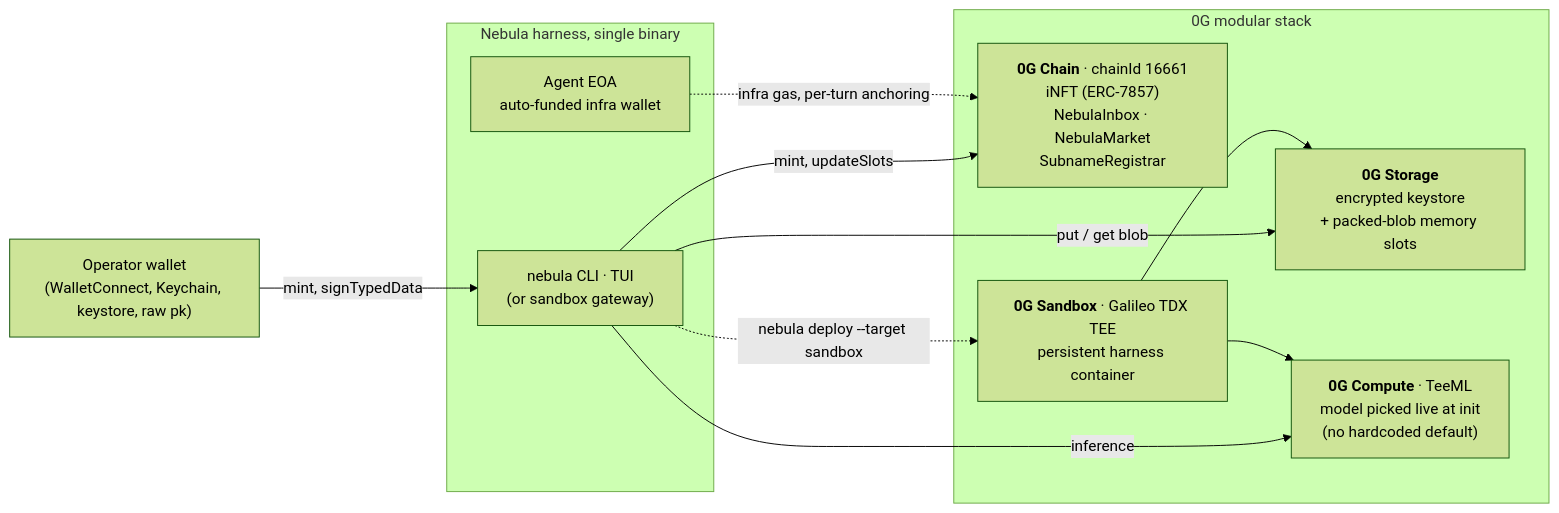
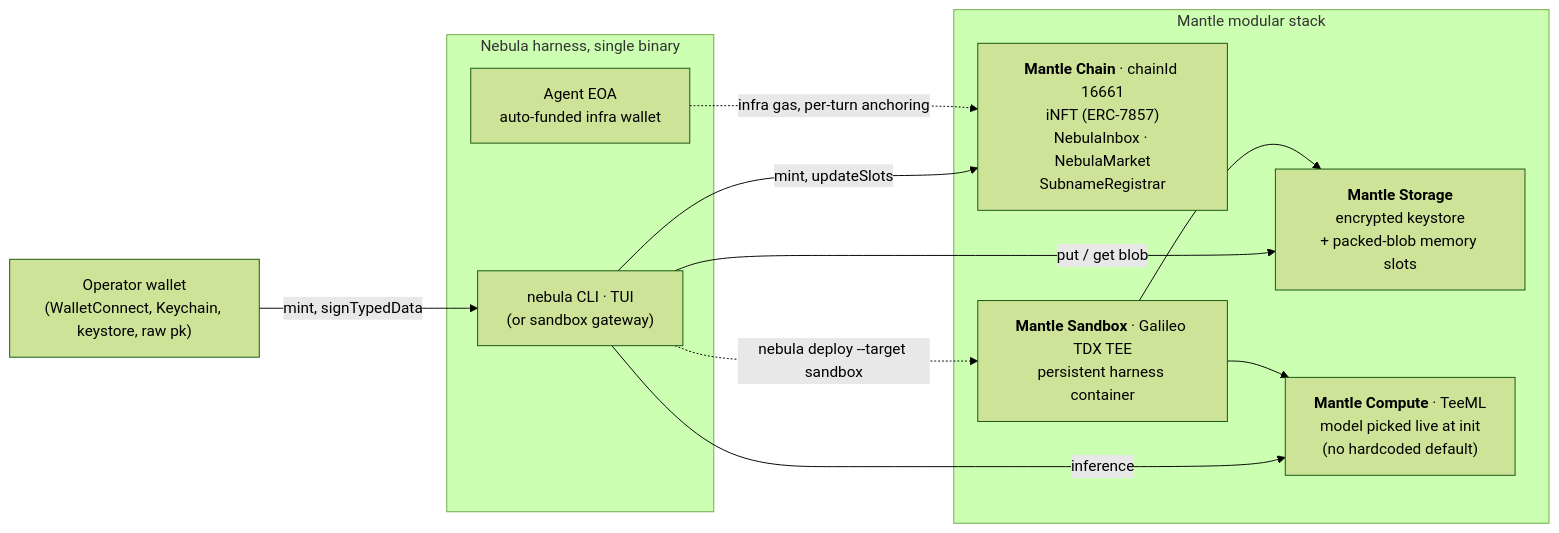
Before and after one commit to rstfulzz/nebula: the diagram in README.md, drawn with Mermaid (forest theme). The commit also changed other lines of this file and 209 other files, not shown here.

````diff
--- a/README.md
+++ b/README.md
@@ -106,23 +106,23 @@
 ```mermaid
 %%{init: {"flowchart": {"htmlLabels": true}}}%%
 flowchart LR
     W["Operator wallet<br/>(WalletConnect, Keychain, keystore, raw pk)"]
     subgraph Harness["Nebula harness, single binary"]
       CLI["nebula CLI · TUI<br/>(or sandbox gateway)"]
       Agent["Agent EOA<br/>auto-funded infra wallet"]
     end
-    subgraph ZG["0G modular stack"]
-      Chain["<b>0G Chain</b> · chainId 16661<br/>iNFT (ERC-7857)<br/>NebulaInbox · NebulaMarket<br/>SubnameRegistrar"]
-      Storage["<b>0G Storage</b><br/>encrypted keystore<br/>+ packed-blob memory slots"]
-      Compute["<b>0G Compute</b> · TeeML<br/>model picked live at init<br/>(no hardcoded default)"]
-      Sandbox["<b>0G Sandbox</b> · Galileo TDX TEE<br/>persistent harness container"]
+    subgraph ZG["Mantle modular stack"]
+      Chain["<b>Mantle Chain</b> · chainId 16661<br/>iNFT (ERC-7857)<br/>NebulaInbox · NebulaMarket<br/>SubnameRegistrar"]
+      Storage["<b>Mantle Storage</b><br/>encrypted keystore<br/>+ packed-blob memory slots"]
+      Compute["<b>Mantle Compute</b> · TeeML<br/>model picked live at init<br/>(no hardcoded default)"]
+      Sandbox["<b>Mantle Sandbox</b> · Galileo TDX TEE<br/>persistent harness container"]
     end
     W -->|"mint, signTypedData"| CLI
     CLI -->|"mint, updateSlots"| Chain
     CLI -->|"put / get blob"| Storage
     CLI -->|"inference"| Compute
     CLI -.->|"nebula deploy --target sandbox"| Sandbox
     Agent -.->|"infra gas, per-turn anchoring"| Chain
     Sandbox --> Compute
     Sandbox --> Storage
 ```
````
